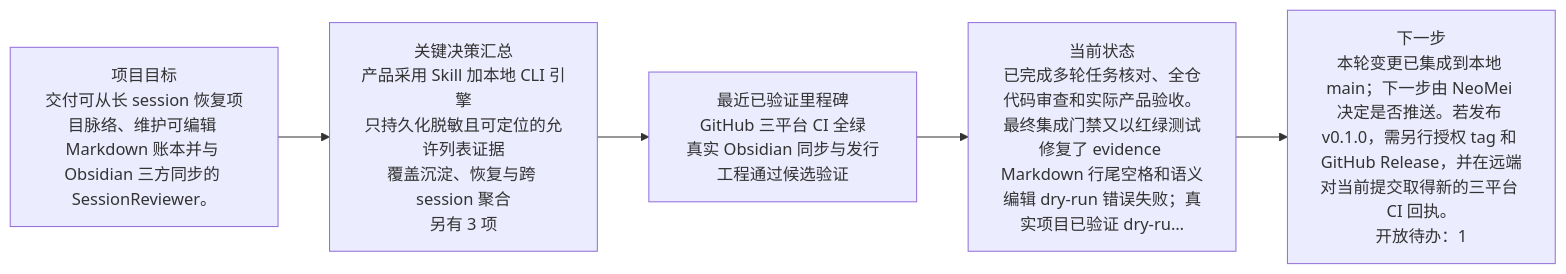
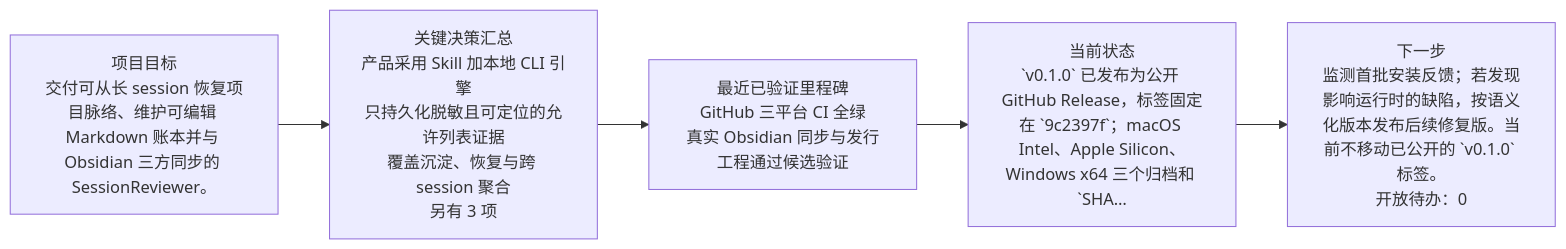
Before and after one commit to NeoMei/SessionReviewer: the diagram in docs/session-review/project-overview.md, drawn with Mermaid. The commit also changed other lines of this file and 7 other files, not shown here.

````diff
--- a/docs/session-review/project-overview.md
+++ b/docs/session-review/project-overview.md
@@ -23,9 +23,9 @@
 ```mermaid
 flowchart LR
   goal["项目目标<br/>交付可从长 session 恢复项目脉络、维护可编辑 Markdown 账本并与 Obsidian 三方同步的 SessionReviewer。"]
   decisions["关键决策汇总<br/>产品采用 Skill 加本地 CLI 引擎<br/>只持久化脱敏且可定位的允许列表证据<br/>覆盖沉淀、恢复与跨 session 聚合<br/>另有 3 项"]
   milestones["最近已验证里程碑<br/>GitHub 三平台 CI 全绿<br/>真实 Obsidian 同步与发行工程通过候选验证"]
-  current["当前状态<br/>已完成多轮任务核对、全仓代码审查和实际产品验收。最终集成门禁又以红绿测试修复了 evidence Markdown 行尾空格和语义编辑 dry-run 错误失败；真实项目已验证 dry-ru…"]
-  next["下一步<br/>本轮变更已集成到本地 main；下一步由 NeoMei 决定是否推送。若发布 v0.1.0，需另行授权 tag 和 GitHub Release，并在远端对当前提交取得新的三平台 CI 回执。<br/>开放待办：1"]
+  current["当前状态<br/>`v0.1.0` 已发布为公开 GitHub Release，标签固定在 `9c2397f`；macOS Intel、Apple Silicon、Windows x64 三个归档和 `SHA…"]
+  next["下一步<br/>监测首批安装反馈；若发现影响运行时的缺陷，按语义化版本发布后续修复版。当前不移动已公开的 `v0.1.0` 标签。<br/>开放待办：0"]
   goal --> decisions --> milestones --> current --> next
 ```
````
